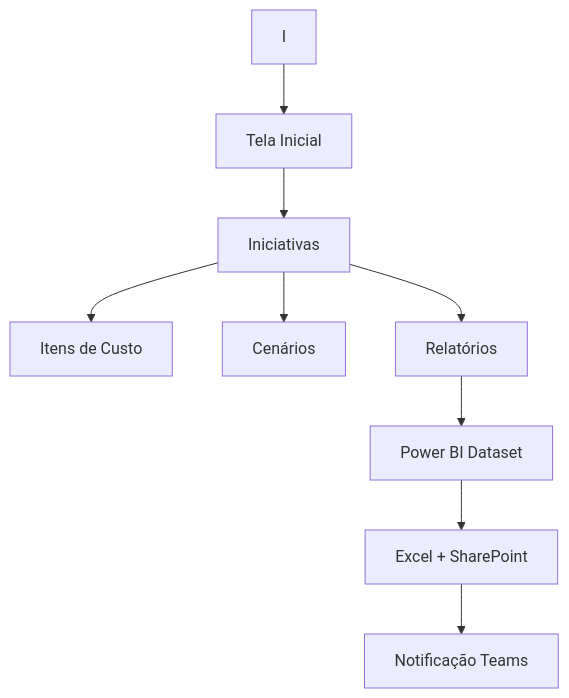
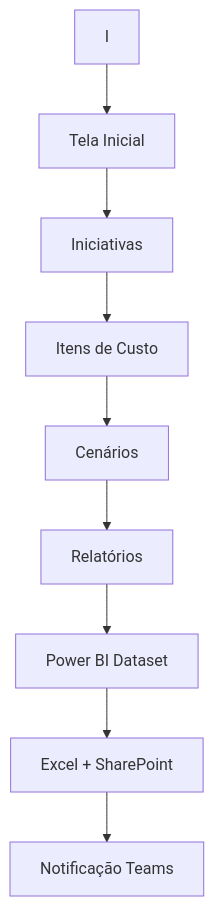
The diagram in content/en/docs/planejamento-integrado/doc_planejamento_integrado.md (luigicaetano/APMDDocumentacao), drawn with Mermaid before and after one commit.

Commit message:
testevisaogeral

````diff
--- a/content/en/docs/planejamento-integrado/doc_planejamento_integrado.md
+++ b/content/en/docs/planejamento-integrado/doc_planejamento_integrado.md
@@ -26,11 +26,11 @@
 ```mermaid
 graph TD
     A[Tela Inicial] --> B[Iniciativas]
     B --> C[Itens de Custo]
-    B --> D[Cenários]
-    B --> E[Relatórios]
+    C --> D[Cenários]
+    D --> E[Relatórios]
     E --> F[Power BI Dataset]
     F --> G[Excel + SharePoint]
     G --> H[Notificação Teams]
     I --> A[Tela Inicial]
 ```
````
